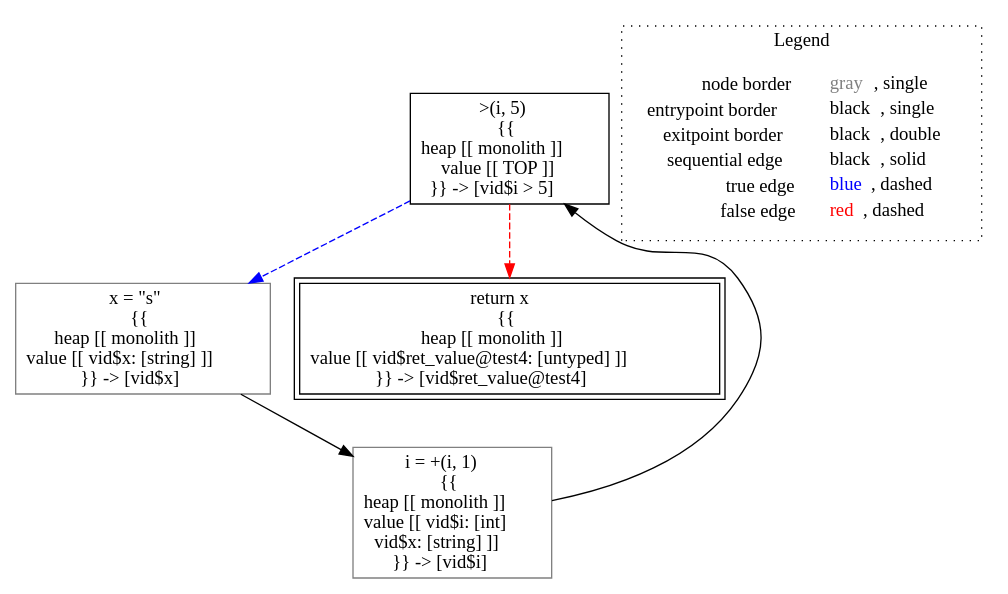
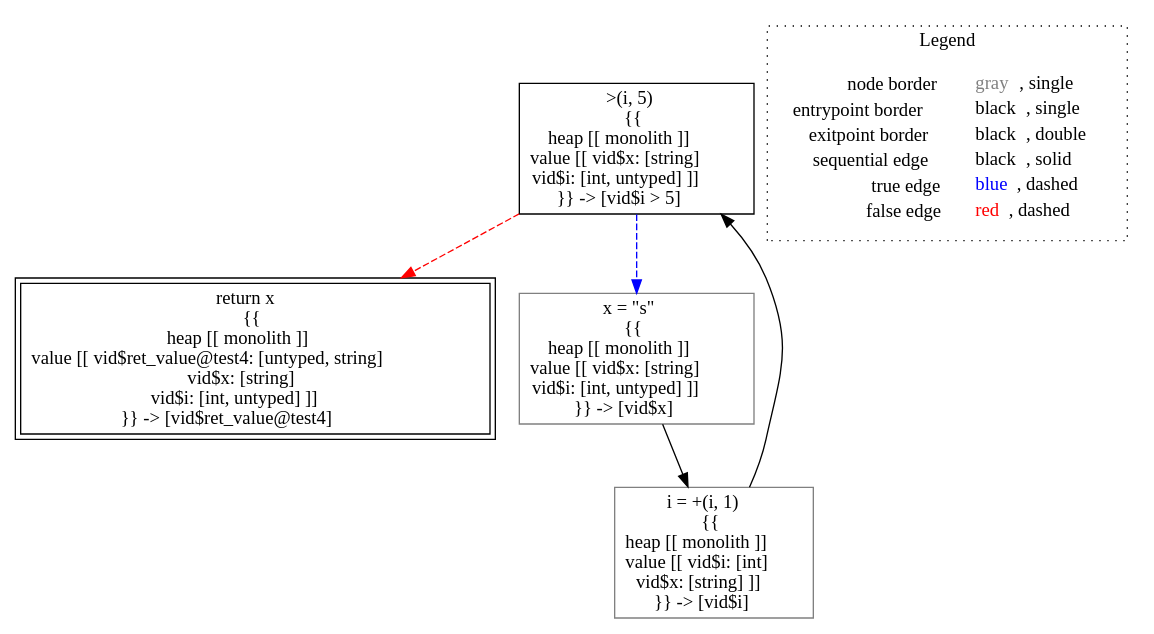
Before and after one commit to lisa-analyzer/lisa: the diagram in lisa/imp-testcases/type-inference/typing___untyped_test4(untyped_i).dot, drawn with Graphviz. The commit also changed 18 other files, not shown here.

First line of the commit message:
PushAny for expressions creating top value

```diff
--- a/lisa/imp-testcases/type-inference/typing___untyped_test4(untyped_i).dot
+++ b/lisa/imp-testcases/type-inference/typing___untyped_test4(untyped_i).dot
@@ -1,17 +1,17 @@
 digraph {
-	"node0" [shape="rect",color="black",label=<&gt;(i, 5)<BR/>{{<BR/>heap [[ monolith ]]<BR/>value [[ TOP ]]<BR/>}} -&gt; [vid$i &gt; 5]>];
-	"node1" [shape="rect",color="gray",label=<x = &quot;s&quot;<BR/>{{<BR/>heap [[ monolith ]]<BR/>value [[ vid$x: [string] ]]<BR/>}} -&gt; [vid$x]>];
+	"node0" [shape="rect",color="black",label=<&gt;(i, 5)<BR/>{{<BR/>heap [[ monolith ]]<BR/>value [[ vid$x: [string]<BR/>vid$i: [int, untyped] ]]<BR/>}} -&gt; [vid$i &gt; 5]>];
+	"node1" [shape="rect",color="black",peripheries="2",label=<return x<BR/>{{<BR/>heap [[ monolith ]]<BR/>value [[ vid$ret_value@test4: [untyped, string]<BR/>vid$x: [string]<BR/>vid$i: [int, untyped] ]]<BR/>}} -&gt; [vid$ret_value@test4]>];
 	"node2" [shape="rect",color="gray",label=<i = +(i, 1)<BR/>{{<BR/>heap [[ monolith ]]<BR/>value [[ vid$i: [int]<BR/>vid$x: [string] ]]<BR/>}} -&gt; [vid$i]>];
-	"node3" [shape="rect",color="black",peripheries="2",label=<return x<BR/>{{<BR/>heap [[ monolith ]]<BR/>value [[ vid$ret_value@test4: [untyped] ]]<BR/>}} -&gt; [vid$ret_value@test4]>];
-	"node0" -> "node1" [color="blue",style="dashed"];
-	"node0" -> "node3" [color="red",style="dashed"];
-	"node1" -> "node2" [color="black"];
+	"node3" [shape="rect",color="gray",label=<x = &quot;s&quot;<BR/>{{<BR/>heap [[ monolith ]]<BR/>value [[ vid$x: [string]<BR/>vid$i: [int, untyped] ]]<BR/>}} -&gt; [vid$x]>];
+	"node0" -> "node1" [color="red",style="dashed"];
+	"node0" -> "node3" [color="blue",style="dashed"];
 	"node2" -> "node0" [color="black"];
+	"node3" -> "node2" [color="black"];
 subgraph cluster_legend {
 	label="Legend";
 	style=dotted;
 	node [shape=plaintext];
 	"legend" [label=<<table border="0" cellpadding="2" cellspacing="0" cellborder="0"><tr><td align="right">node border&nbsp;</td><td align="left"><font color="gray">gray</font>, single</td></tr><tr><td align="right">entrypoint border&nbsp;</td><td align="left"><font color="black">black</font>, single</td></tr><tr><td align="right">exitpoint border&nbsp;</td><td align="left"><font color="black">black</font>, double</td></tr><tr><td align="right">sequential edge&nbsp;</td><td align="left"><font color="black">black</font>, solid</td></tr><tr><td align="right">true edge&nbsp;</td><td align="left"><font color="blue">blue</font>, dashed</td></tr><tr><td align="right">false edge&nbsp;</td><td align="left"><font color="red">red</font>, dashed</td></tr></table>>];
 }
 
 }
```
